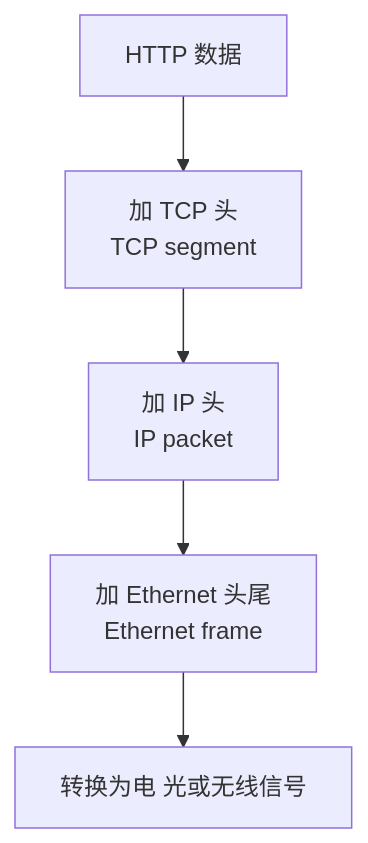
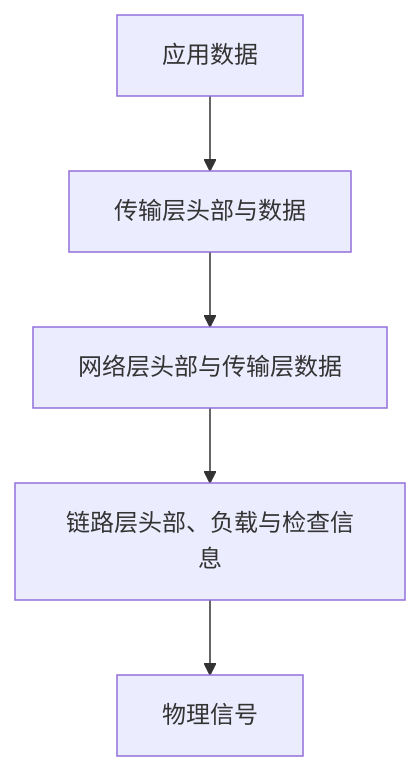
The second of 4 diagrams in 05_interview/fundamentals/cs-core/computer-network/01-layers-link/index.md (ranxi2001/zero2Leetcode), drawn with Mermaid before and after one commit. The commit also changed other lines of this file and 38 other files, not shown here.

````diff
--- a/05_interview/fundamentals/cs-core/computer-network/01-layers-link/index.md
+++ b/05_interview/fundamentals/cs-core/computer-network/01-layers-link/index.md
@@ -59,7 +74,7 @@
 ```mermaid
 flowchart TD
-    A["HTTP 数据"] --> B["加 TCP 头<br>TCP segment"]
-    B --> C["加 IP 头<br>IP packet"]
-    C --> D["加 Ethernet 头尾<br>Ethernet frame"]
-    D --> E["转换为电 光或无线信号"]
+    A[应用数据] --> B[传输层头部与数据]
+    B --> C[网络层头部与传输层数据]
+    C --> D[链路层头部、负载与检查信息]
+    D --> E[物理信号]
 ```
````
